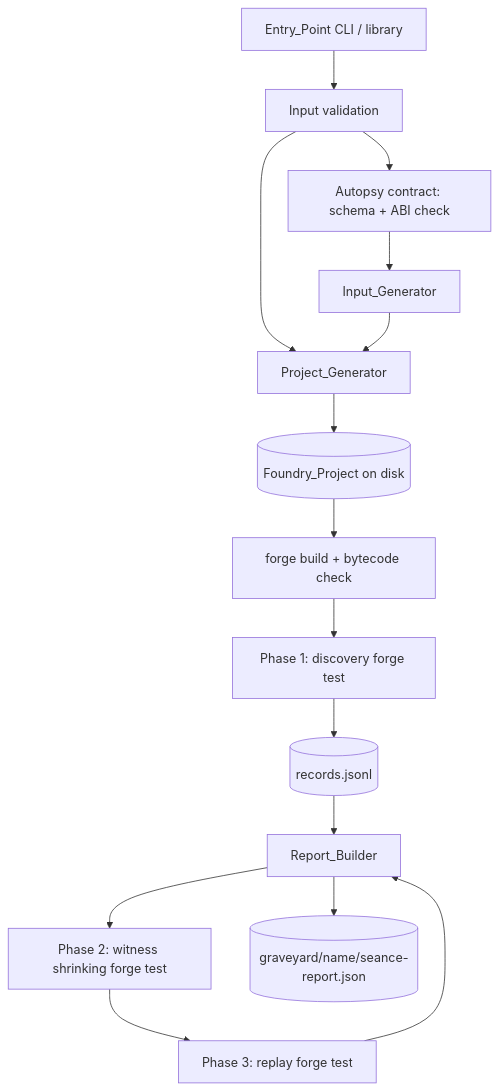
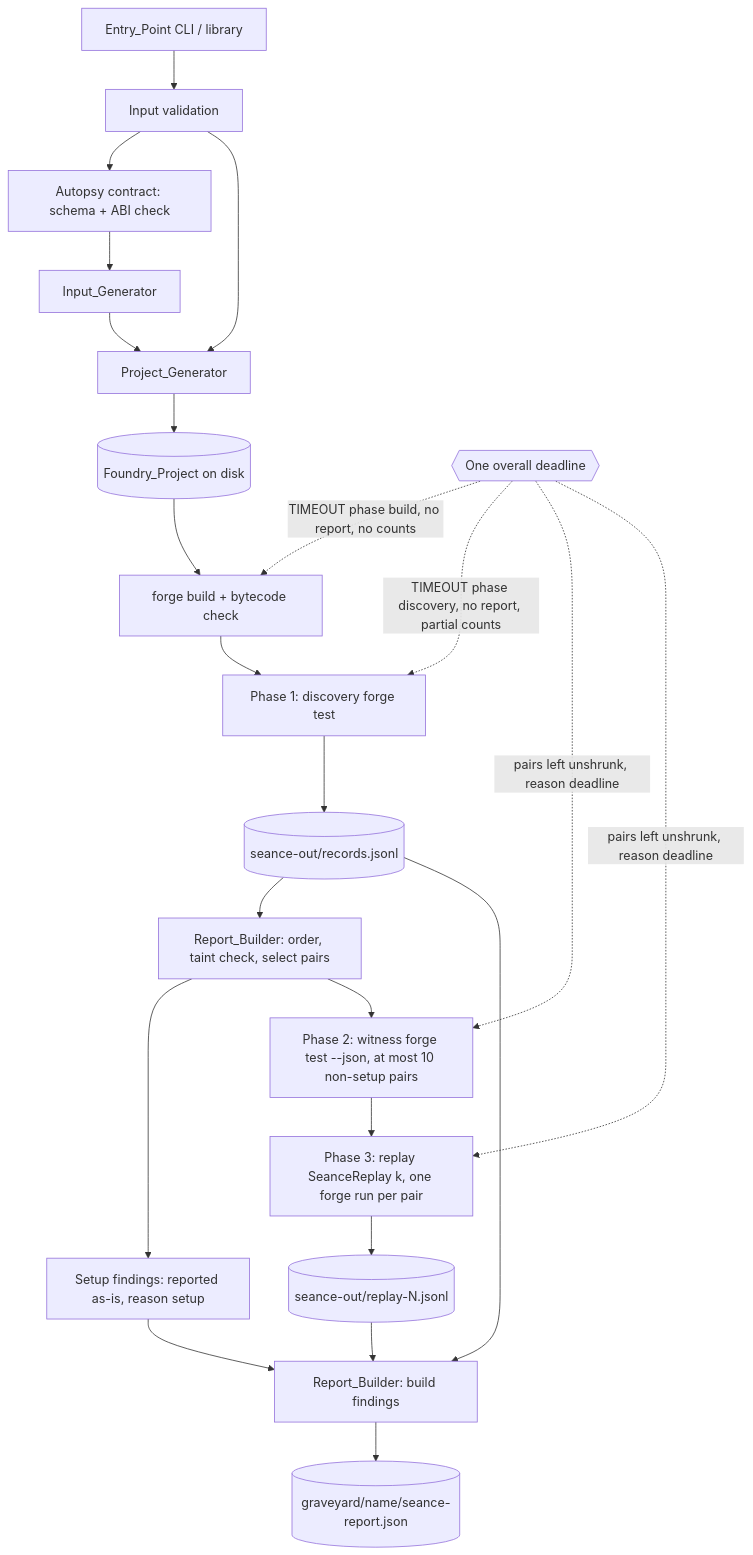
One commit to CharlesChinedum/exhume changed the first of 2 diagrams in .kiro/specs/seance-engine/design.md. Above: the diagram before and after it, drawn with Mermaid. The commit also changed other lines of this file and 2 other files, not shown here.

````diff
--- a/.kiro/specs/seance-engine/design.md
+++ b/.kiro/specs/seance-engine/design.md
@@ -25,17 +31,25 @@
 ```mermaid
 flowchart TD
     CLI[Entry_Point CLI / library] --> V[Input validation]
     V --> AC[Autopsy contract: schema + ABI check]
     AC --> IG[Input_Generator]
     V --> PG[Project_Generator]
     IG --> PG
     PG --> FP[(Foundry_Project on disk)]
     FP --> BC[forge build + bytecode check]
     BC --> D1[Phase 1: discovery forge test]
-    D1 --> REC[(records.jsonl)]
-    REC --> RB[Report_Builder]
-    RB --> W[Phase 2: witness shrinking forge test]
-    W --> RP[Phase 3: replay forge test]
-    RP --> RB
+    D1 --> REC[(seance-out/records.jsonl)]
+    REC --> SEL[Report_Builder: order, taint check, select pairs]
+    SEL --> SU[Setup findings: reported as-is, reason setup]
+    SU --> RB
+    SEL --> W[Phase 2: witness forge test --json, at most 10 non-setup pairs]
+    W --> RP[Phase 3: replay SeanceReplay k, one forge run per pair]
+    RP --> RREC[(seance-out/replay-N.jsonl)]
+    RREC --> RB[Report_Builder: build findings]
+    REC --> RB
     RB --> OUT[(graveyard/name/seance-report.json)]
+    DL{{One overall deadline}} -.->|TIMEOUT phase build, no report, no counts| BC
+    DL -.->|TIMEOUT phase discovery, no report, partial counts| D1
+    DL -.->|pairs left unshrunk, reason deadline| W
+    DL -.->|pairs left unshrunk, reason deadline| RP
 ```
````
